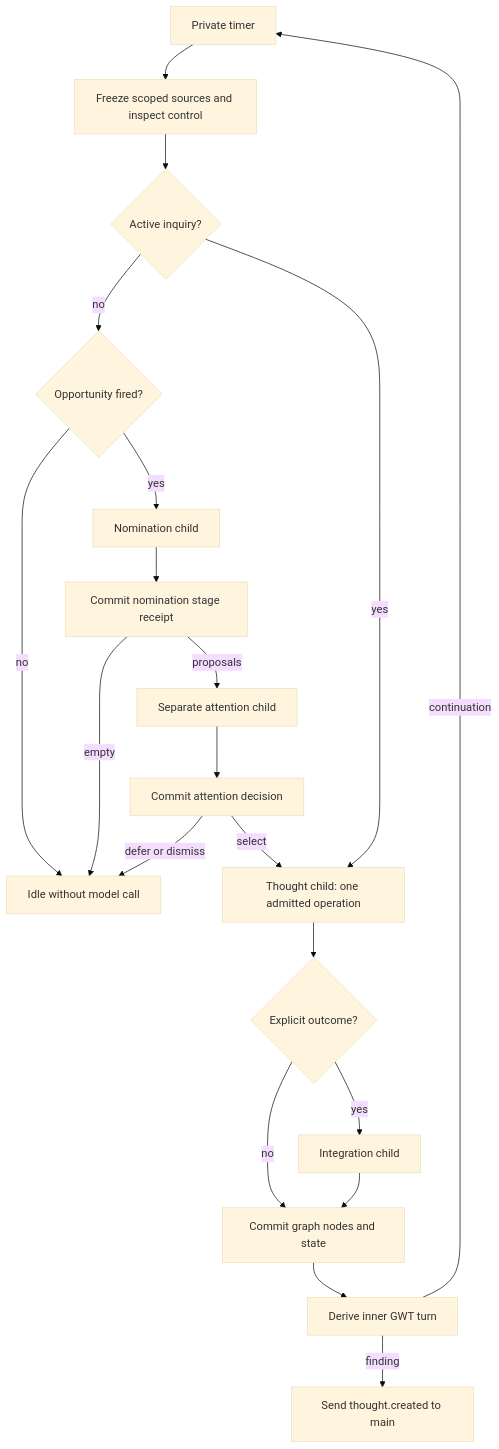
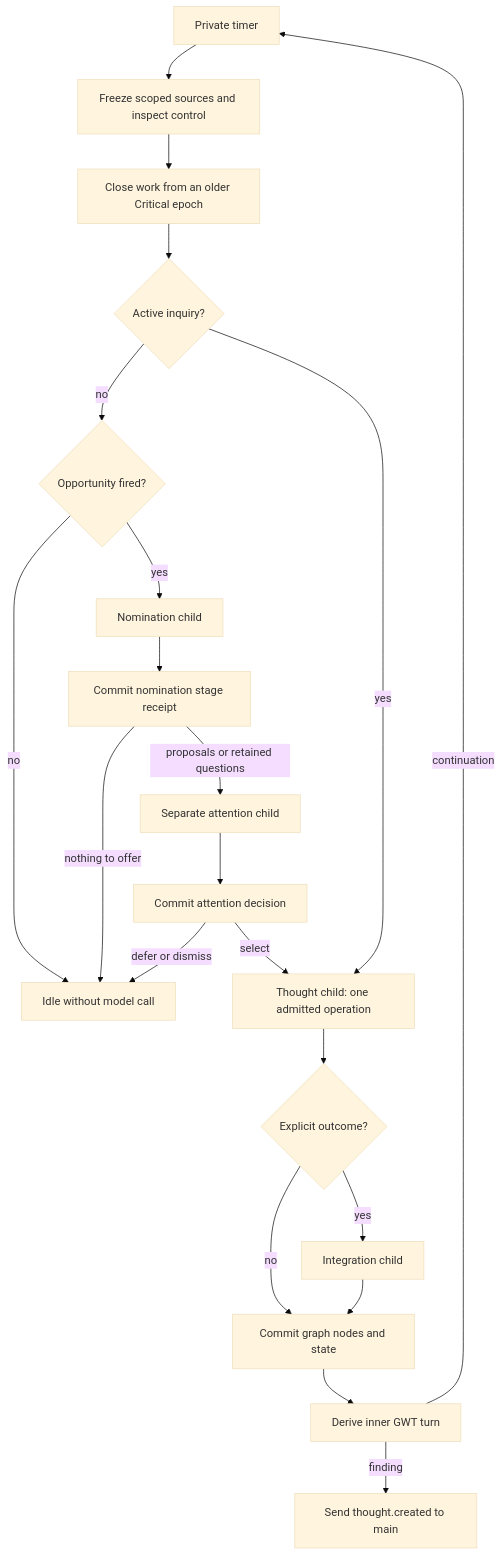
One commit to flamingrickpat/private-machine changed the first of 4 diagrams in docs/subsystems/private-loop.md. Above: the diagram before and after it, drawn with Mermaid (base theme). The commit also changed other lines of this file and 8 other files, not shown here.

````diff
--- a/docs/subsystems/private-loop.md
+++ b/docs/subsystems/private-loop.md
@@ -46,22 +46,23 @@
 ```mermaid
 flowchart TB
     T[Private timer] --> H[Freeze scoped sources and inspect control]
-    H --> A{Active inquiry?}
+    H --> D[Close work from an older Critical epoch]
+    D --> A{Active inquiry?}
     A -- no --> O{Opportunity fired?}
     O -- no --> I[Idle without model call]
     O -- yes --> N[Nomination child]
     N --> NR[Commit nomination stage receipt]
-    NR -- empty --> I
-    NR -- proposals --> S[Separate attention child]
+    NR -- nothing to offer --> I
+    NR -- proposals or retained questions --> S[Separate attention child]
     S --> SR[Commit attention decision]
     SR -- select --> X[Thought child: one admitted operation]
     SR -- defer or dismiss --> I
     A -- yes --> X
     X --> B{Explicit outcome?}
     B -- yes --> IN[Integration child]
     B -- no --> G[Commit graph nodes and state]
     IN --> G
     G --> P[Derive inner GWT turn]
     P -- finding --> M[Send thought.created to main]
     P -- continuation --> T
 ```
````
